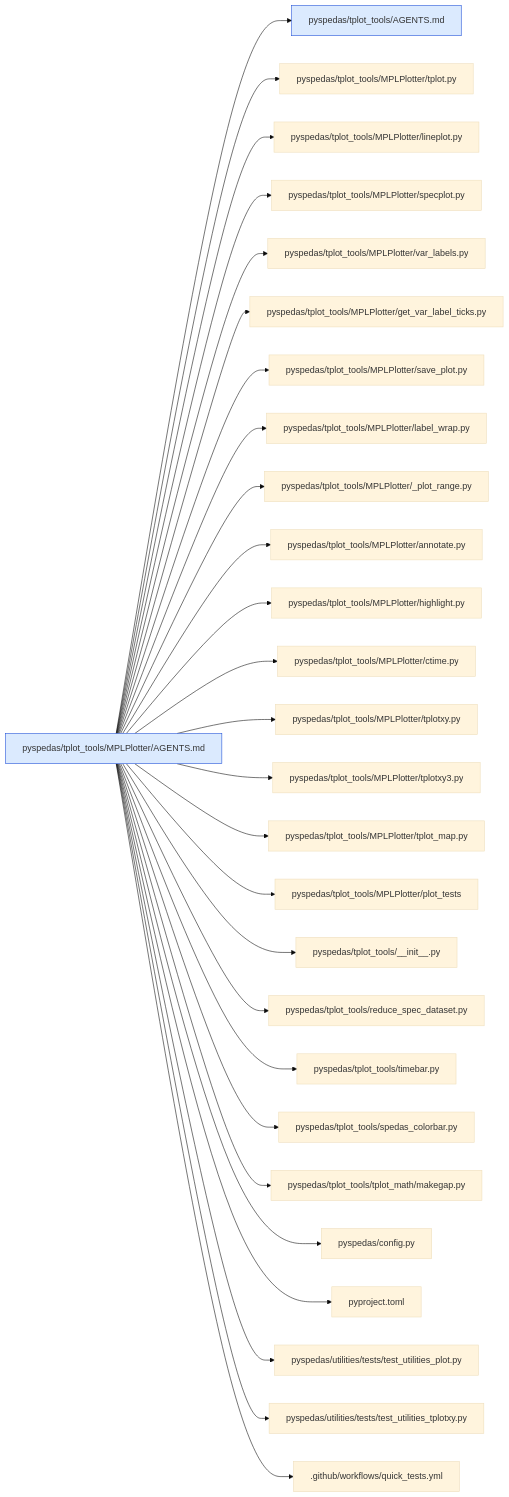
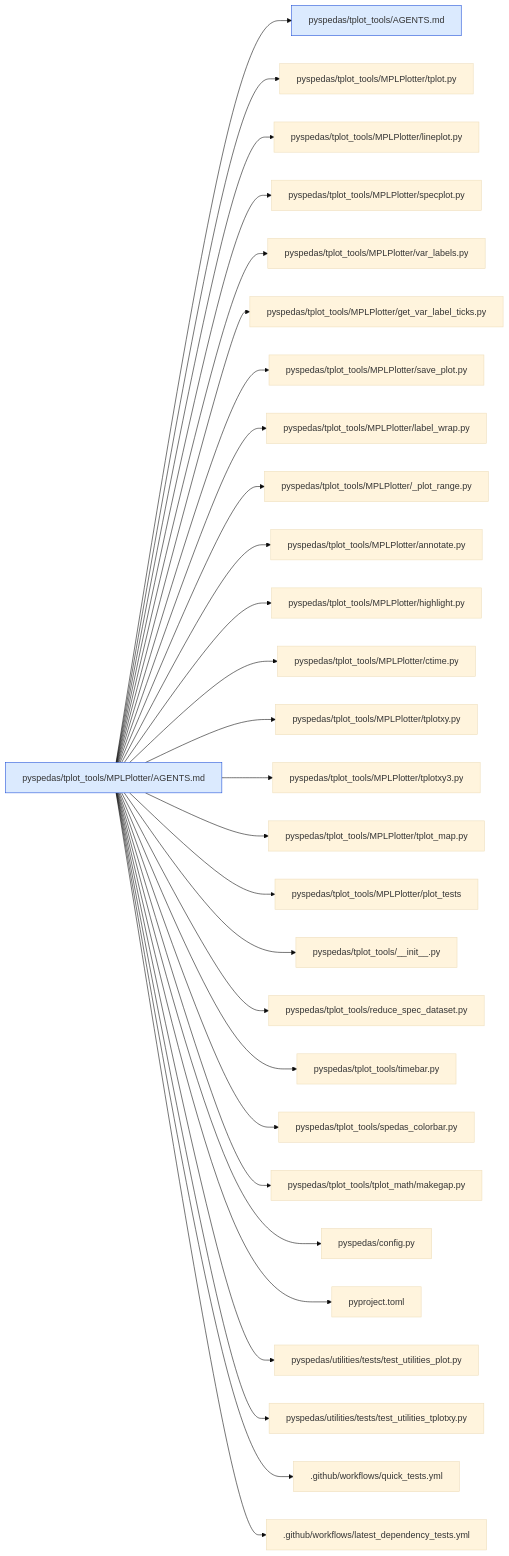
Before and after one commit to spedas/pyspedas: diagram 40 of 43 in .agents/map/MAP.md, drawn with Mermaid (base theme). The commit also changed other lines of this file and 15 other files, not shown here.

Commit message:
Updated md and rst docs to mention that new tests added to quick_tests workflow should also be added to latest_dependency_tests

````diff
--- a/.agents/map/MAP.md
+++ b/.agents/map/MAP.md
@@ -1445,32 +1453,33 @@
 ```mermaid
 graph LR
   classDef agents fill:#dbeafe,stroke:#1d4ed8
   classDef missing fill:#fee2e2,stroke:#b91c1c,stroke-dasharray:4
   self["pyspedas/tplot_tools/MPLPlotter/AGENTS.md"]:::agents
   self --> r0["pyspedas/tplot_tools/AGENTS.md"]:::agents
   self --> r1["pyspedas/tplot_tools/MPLPlotter/tplot.py"]
   self --> r2["pyspedas/tplot_tools/MPLPlotter/lineplot.py"]
   self --> r3["pyspedas/tplot_tools/MPLPlotter/specplot.py"]
   self --> r4["pyspedas/tplot_tools/MPLPlotter/var_labels.py"]
   self --> r5["pyspedas/tplot_tools/MPLPlotter/get_var_label_ticks.py"]
   self --> r6["pyspedas/tplot_tools/MPLPlotter/save_plot.py"]
   self --> r7["pyspedas/tplot_tools/MPLPlotter/label_wrap.py"]
   self --> r8["pyspedas/tplot_tools/MPLPlotter/_plot_range.py"]
   self --> r9["pyspedas/tplot_tools/MPLPlotter/annotate.py"]
   self --> r10["pyspedas/tplot_tools/MPLPlotter/highlight.py"]
   self --> r11["pyspedas/tplot_tools/MPLPlotter/ctime.py"]
   self --> r12["pyspedas/tplot_tools/MPLPlotter/tplotxy.py"]
   self --> r13["pyspedas/tplot_tools/MPLPlotter/tplotxy3.py"]
   self --> r14["pyspedas/tplot_tools/MPLPlotter/tplot_map.py"]
   self --> r15["pyspedas/tplot_tools/MPLPlotter/plot_tests"]
   self --> r16["pyspedas/tplot_tools/__init__.py"]
   self --> r17["pyspedas/tplot_tools/reduce_spec_dataset.py"]
   self --> r18["pyspedas/tplot_tools/timebar.py"]
   self --> r19["pyspedas/tplot_tools/spedas_colorbar.py"]
   self --> r20["pyspedas/tplot_tools/tplot_math/makegap.py"]
   self --> r21["pyspedas/config.py"]
   self --> r22["pyproject.toml"]
   self --> r23["pyspedas/utilities/tests/test_utilities_plot.py"]
   self --> r24["pyspedas/utilities/tests/test_utilities_tplotxy.py"]
   self --> r25[".github/workflows/quick_tests.yml"]
+  self --> r26[".github/workflows/latest_dependency_tests.yml"]
 ```
````
